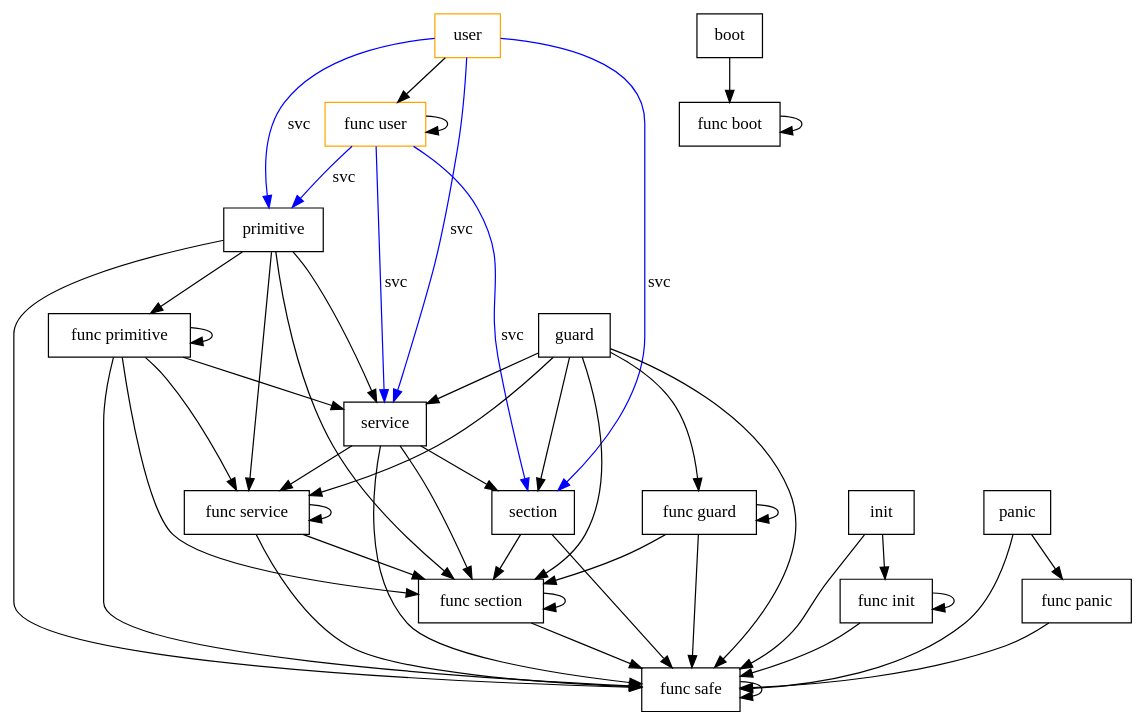
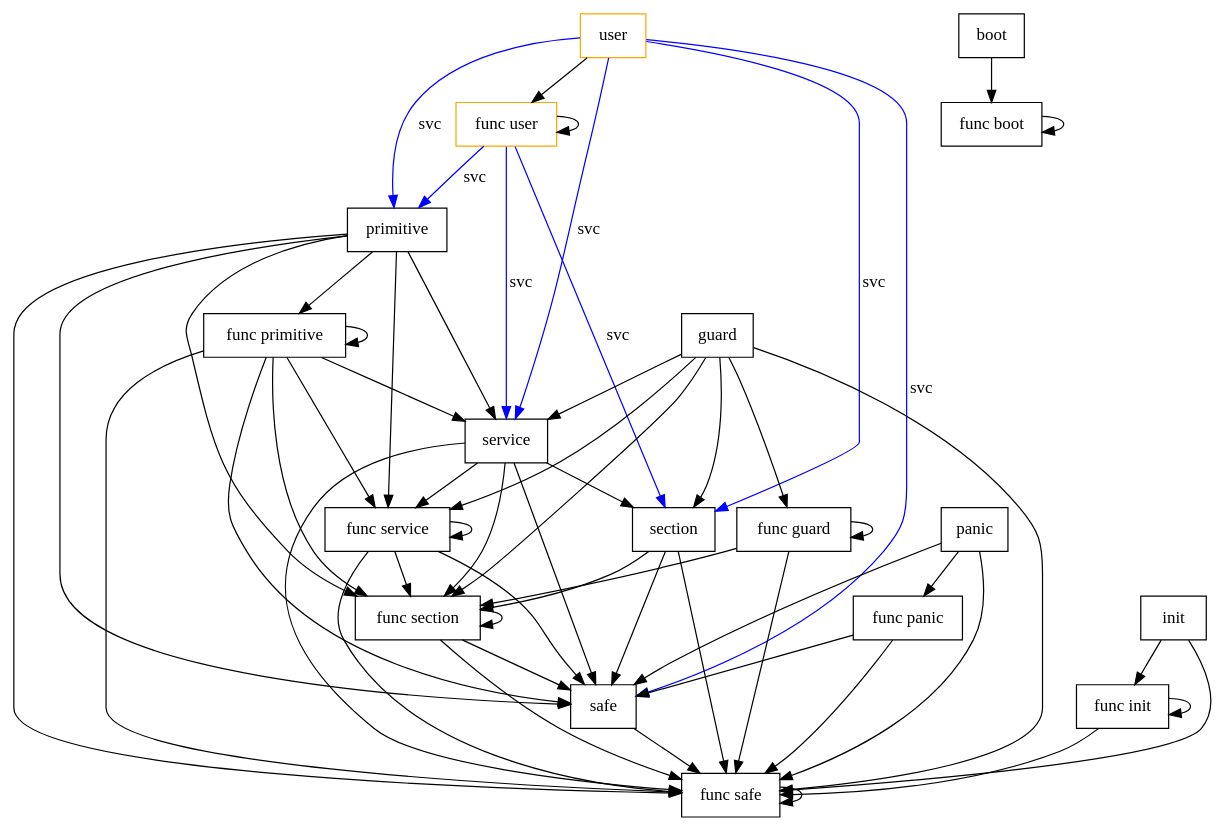
One commit to pierremolinaro/omnibus-dev changed the diagram in modes.dot. Above: the diagram before and after it, drawn with Graphviz. The commit also changed 4 other files, not shown here.

```diff
--- a/modes.dot
+++ b/modes.dot
@@ -1,67 +1,80 @@
 digraph G {
   user   [color=orange, shape=box];
   "func user"   [color=orange, shape=box];
   user -> "func user";
   primitive   [shape=box];
   user -> primitive   [color=blue, label=svc];
   service   [shape=box];
   user -> service   [color=blue, label=svc];
   section   [shape=box];
   user -> section   [color=blue, label=svc];
   "func user" -> "func user";
   "func user" -> primitive   [color=blue, label=svc];
   "func user" -> service   [color=blue, label=svc];
   "func user" -> section   [color=blue, label=svc];
   primitive -> service;
   "func primitive"   [shape=box];
   primitive -> "func primitive";
   "func service"   [shape=box];
   primitive -> "func service";
   "func section"   [shape=box];
   primitive -> "func section";
+  
+  "safe"     [shape=box];
+  "safe" -> "func safe" ;
+  user -> safe   [color=blue, label=svc];
+  section -> safe ;
+  "func section" -> safe ;
+  service -> safe ;
+  "func service" -> safe ;
+  primitive -> safe ;
+  "func primitive" -> safe ;
+  panic -> safe ;
+  "func panic" -> safe ;
+
   "func safe"    [shape=box];
   primitive -> "func safe" ;
   service -> "func service";
   service -> "section";
   service -> "func section";
   service -> "func safe" ;
   section -> "func section";
   section -> "func safe" ;
   "func primitive" -> "func primitive";
   "func primitive" -> "func service";
   "func primitive" -> "service";
   "func primitive" -> "func section";
   "func primitive" -> "func safe" ;
   "func service" -> "func service";
   "func service" -> "func safe" ;
   "func service" -> "func section";
   "func section" -> "func section";
   "func section" -> "func safe" ;
   init   [shape=box];
   "func init"   [shape=box];
   init -> "func init";
   init -> "func safe" ;
   "func init" -> "func init";
   "func init" -> "func safe" ;
   boot   [shape=box];
   "func boot"   [shape=box];
   boot -> "func boot";
   "func boot" -> "func boot";
   panic   [shape=box];
   "func panic"   [shape=box];
   panic -> "func panic";
   panic -> "func safe" ;
   "func panic" -> "func safe" ;
   guard   [shape=box];
   guard -> "func section";
   "func guard"   [shape=box];
   guard -> "service";
   guard -> "section" ;
   guard -> "func service";
   guard -> "func guard";
   guard -> "func safe" ;
   "func guard" -> "func section";
   "func guard" -> "func guard";
   "func guard" -> "func safe" ;
   "func safe"  -> "func safe" ;
 }
```
